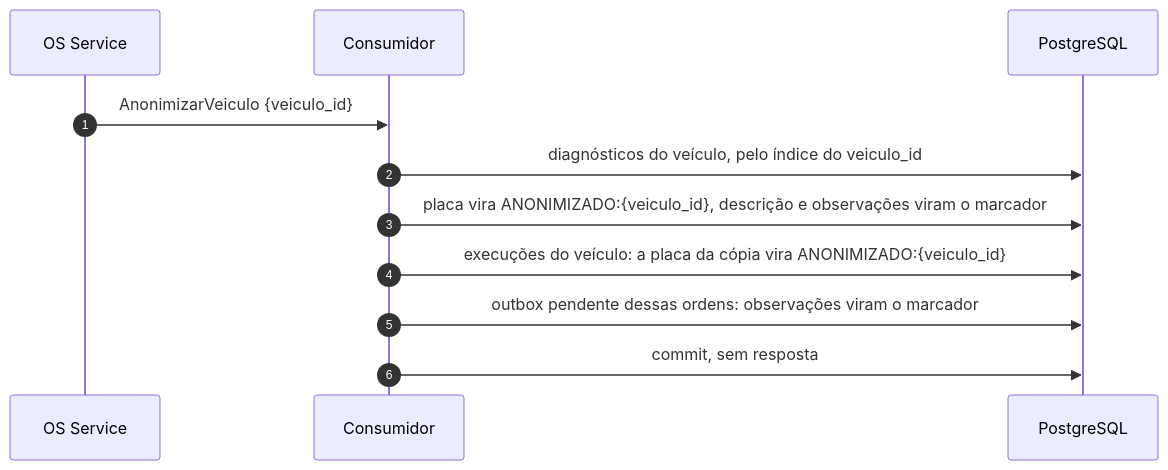
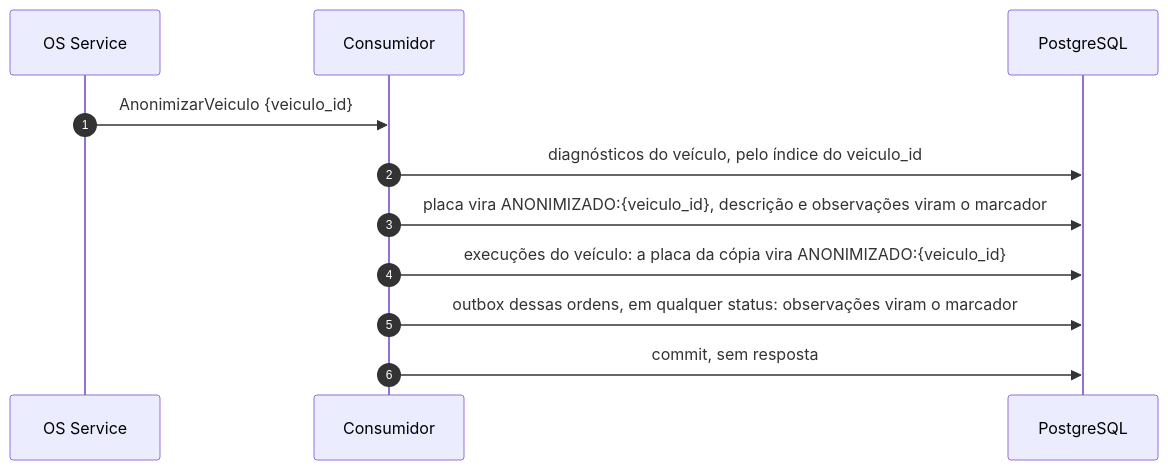
The tenth of 11 diagrams in docs/arquitetura.md (fiap-postech-sw-architecture/postech-sw-arch-p4-execution-service), drawn with Mermaid before and after one commit. The commit also changed other lines of this file, not shown here.

First line of the commit message:
docs: arquitetura corrige outbox, retencao, veiculo nulo e estado final

````diff
--- a/docs/arquitetura.md
+++ b/docs/arquitetura.md
@@ -397,13 +397,13 @@
 ```mermaid
 sequenceDiagram
     autonumber
     participant OS as OS Service
     participant C as Consumidor
     participant DB as PostgreSQL
     OS->>C: AnonimizarVeiculo {veiculo_id}
     C->>DB: diagnósticos do veículo, pelo índice do veiculo_id
     C->>DB: placa vira ANONIMIZADO:{veiculo_id}, descrição e observações viram o marcador
     C->>DB: execuções do veículo: a placa da cópia vira ANONIMIZADO:{veiculo_id}
-    C->>DB: outbox pendente dessas ordens: observações viram o marcador
+    C->>DB: outbox dessas ordens, em qualquer status: observações viram o marcador
     C->>DB: commit, sem resposta
 ```
````
